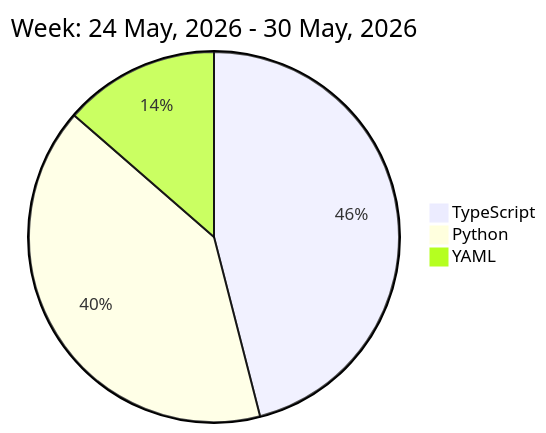
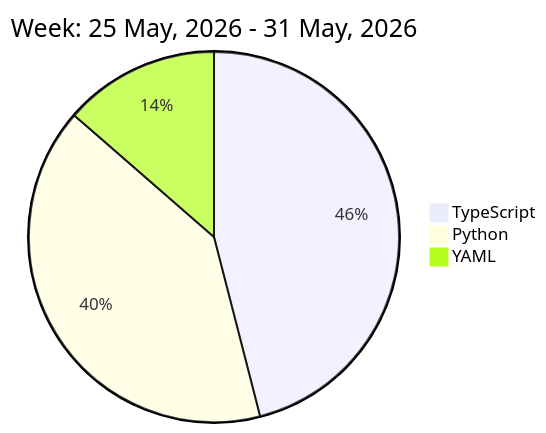
Before and after one commit to liubin95/liubin95: the diagram in README.md, drawn with Mermaid.

Commit message:
Updated the Graph with new Metrics

````diff
--- a/README.md
+++ b/README.md
@@ -32,7 +32,7 @@
 ```mermaid
  pie
-title Week: 24 May, 2026 - 30 May, 2026
+title Week: 25 May, 2026 - 31 May, 2026
  "TypeScript" : 6.83
  "Python" : 6.0
  "YAML" : 2.02
 ```
````
